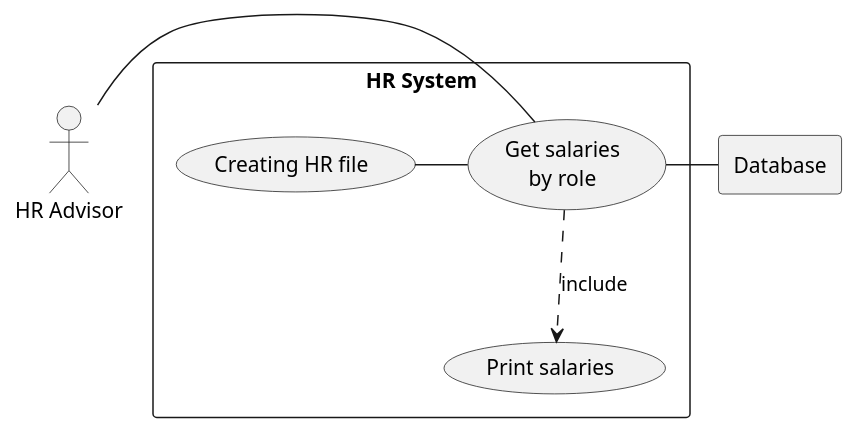
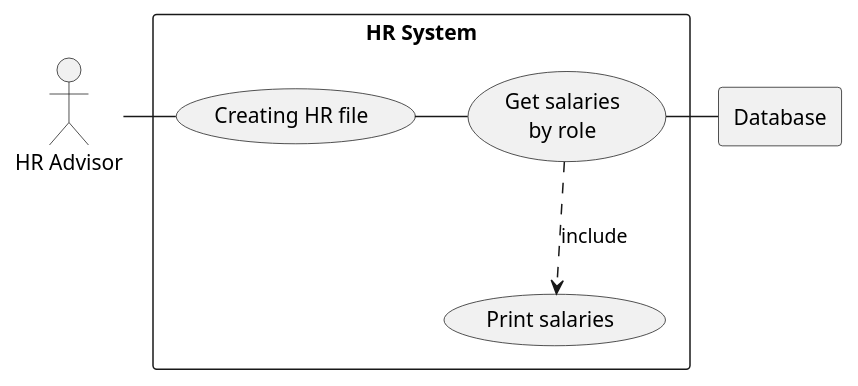
The diagram in HR System.puml (kaciyanova/SEMGroupProject), drawn with PlantUML before and after one commit.

Commit message:
Updating the usecase diagram

```diff
--- a/HR System.puml
+++ b/HR System.puml
@@ -1,23 +1,23 @@
 @startuml
 
 actor HR as "HR Advisor"
 
 rectangle Database
 
 rectangle "HR System" {
 
 
     usecase UC5 as "Creating HR file"
 
     usecase UC4 as "Get salaries
     by role"
 
     usecase UCa as "Print salaries"
 
-    HR - UC4
+    HR - UC5
     UC4 ..> UCa : include
     UC4 - Database
     UC5 - UC4
 }
 
 @enduml
```
